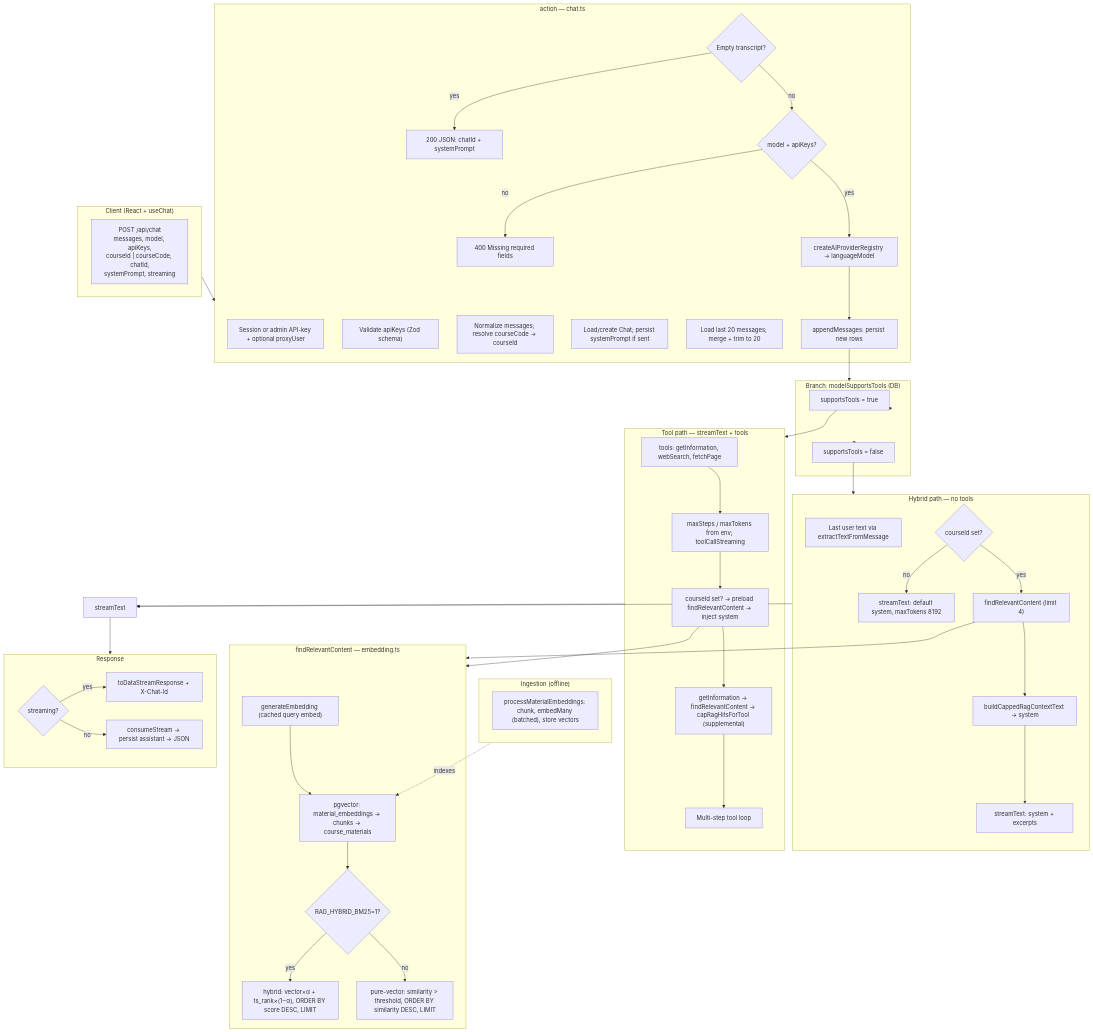
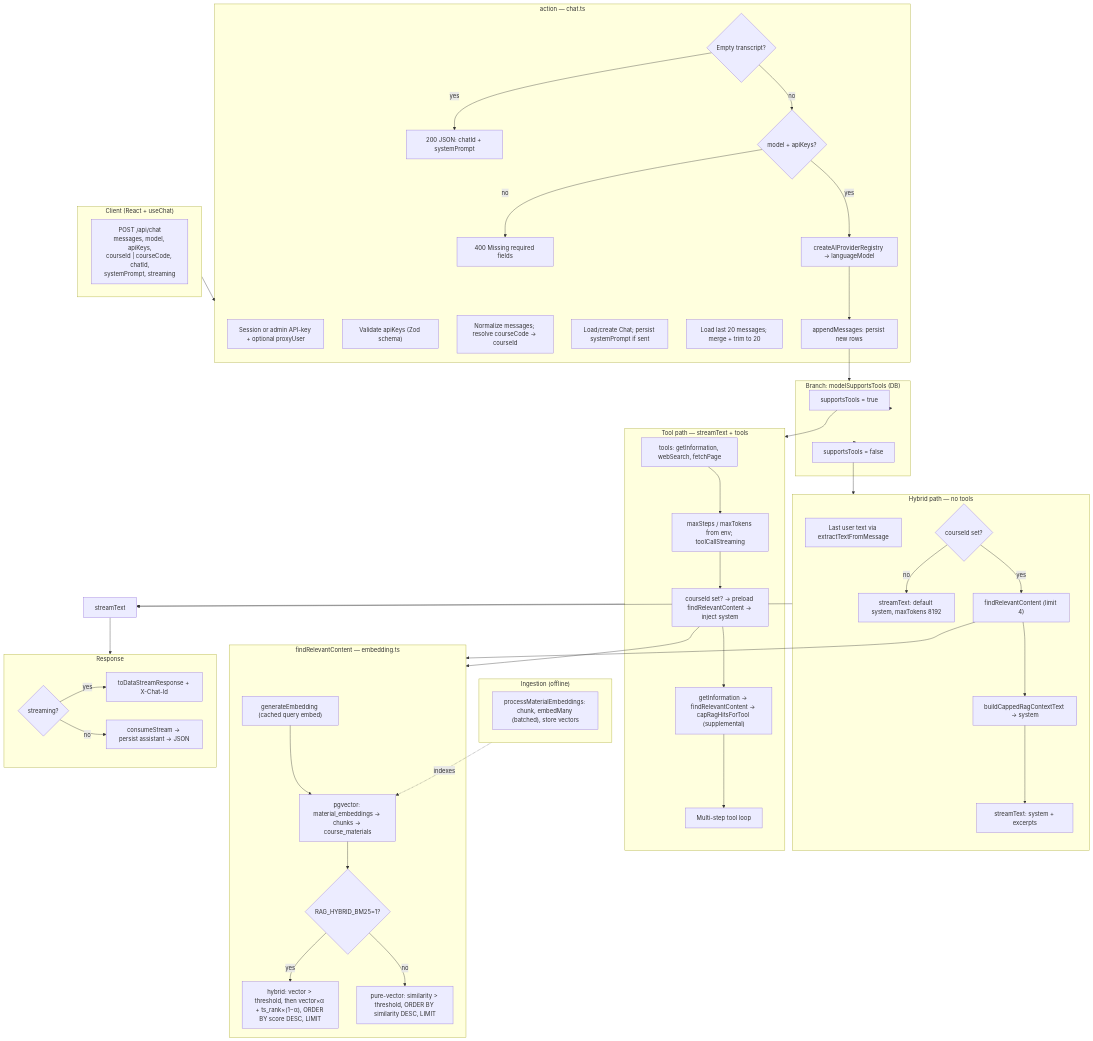
The diagram in docs/rag-ai/CHAT_RAG_PIPELINE.md (EduAI-Lab/EduAI), drawn with Mermaid before and after one commit. The commit also changed other lines of this file, not shown here.

First line of the commit message:
Refine hybrid retrieval logic: clarify similarity threshold application and update documentation.

````diff
--- a/docs/rag-ai/CHAT_RAG_PIPELINE.md
+++ b/docs/rag-ai/CHAT_RAG_PIPELINE.md
@@ -11,74 +11,74 @@
 ```mermaid
 flowchart TB
   subgraph client["Client (React + useChat)"]
     C1["POST /api/chat<br/>messages, model, apiKeys,<br/>courseId | courseCode, chatId,<br/>systemPrompt, streaming"]
   end
 
   subgraph entry["action — chat.ts"]
     A1["Session or admin API-key + optional proxyUser"]
     A2["Validate apiKeys (Zod schema)"]
     A3["Normalize messages; resolve courseCode → courseId"]
     A4["Load/create Chat; persist systemPrompt if sent"]
     A5["Load last 20 messages; merge + trim to 20"]
     A6{"Empty transcript?"}
     A6 -->|yes| A7["200 JSON: chatId + systemPrompt"]
     A6 -->|no| A8{"model + apiKeys?"}
     A8 -->|no| A9["400 Missing required fields"]
     A8 -->|yes| A10["createAIProviderRegistry → languageModel"]
     A11["appendMessages: persist new rows"]
   end
 
   subgraph branch["Branch: modelSupportsTools (DB)"]
     B1["supportsTools = true"]
     B2["supportsTools = false"]
   end
 
   subgraph hybrid["Hybrid path — no tools"]
     H1["Last user text via extractTextFromMessage"]
     H2{"courseId set?"}
     H2 -->|no| H3["streamText: default system, maxTokens 8192"]
     H2 -->|yes| H4["findRelevantContent (limit 4)"]
     H5["buildCappedRagContextText → system"]
     H6["streamText: system + excerpts"]
     H4 --> H5 --> H6
   end
 
   subgraph toolpath["Tool path — streamText + tools"]
     P1["tools: getInformation, webSearch, fetchPage"]
     P2["maxSteps / maxTokens from env; toolCallStreaming"]
     P3["courseId set? → preload findRelevantContent → inject system"]
     P4["getInformation → findRelevantContent → capRagHitsForTool (supplemental)"]
     P5["Multi-step tool loop"]
     P1 --> P2 --> P3 --> P4 --> P5
   end
 
   subgraph ragcore["findRelevantContent — embedding.ts"]
     R1["generateEmbedding (cached query embed)"]
     R2["pgvector: material_embeddings → chunks → course_materials"]
     R3{"RAG_HYBRID_BM25=1?"}
-    R3 -->|yes| R4["hybrid: vector×α + ts_rank×(1−α), ORDER BY score DESC, LIMIT"]
+    R3 -->|yes| R4["hybrid: vector > threshold, then vector×α + ts_rank×(1−α), ORDER BY score DESC, LIMIT"]
     R3 -->|no| R5["pure-vector: similarity > threshold, ORDER BY similarity DESC, LIMIT"]
     R1 --> R2 --> R3
   end
 
   subgraph ingest["Ingestion (offline)"]
     I1["processMaterialEmbeddings: chunk, embedMany (batched), store vectors"]
   end
 
   subgraph out["Response"]
     O1{"streaming?"}
     O1 -->|yes| O2["toDataStreamResponse + X-Chat-Id"]
     O1 -->|no| O3["consumeStream → persist assistant → JSON"]
   end
 
   client --> entry
   A10 --> A11 --> branch
   branch --> B1 --> toolpath
   branch --> B2 --> hybrid
   H4 --> ragcore
   P3 --> ragcore
   ingest -.->|"indexes"| R2
   hybrid --> ST["streamText"]
   toolpath --> ST
   ST --> out
 ```
````
